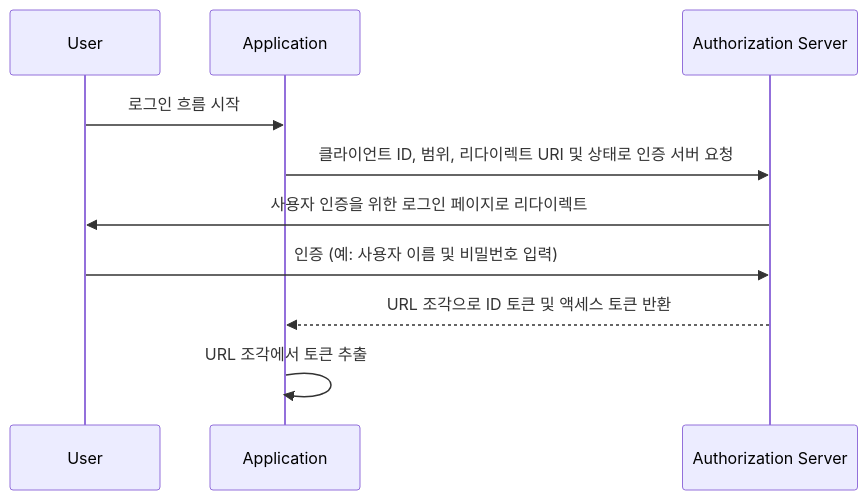
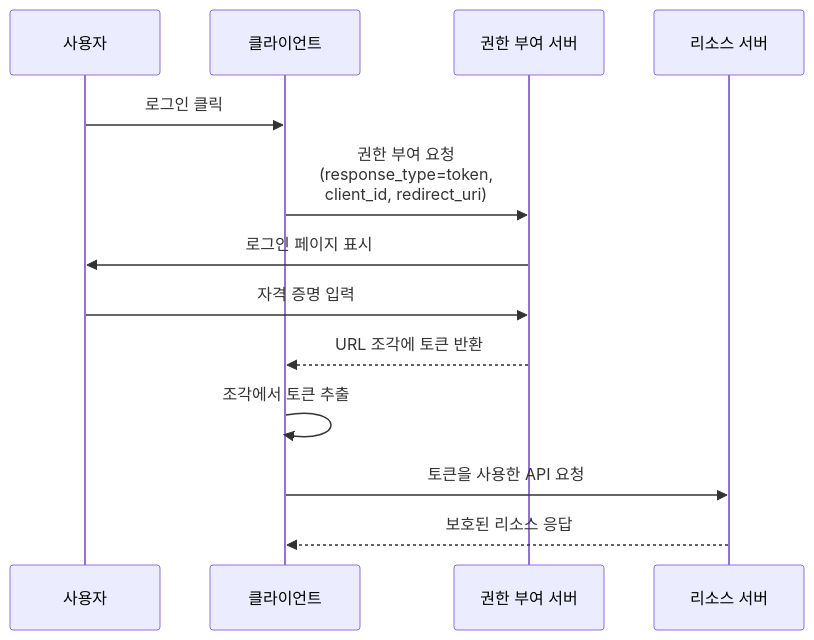
One commit to logto-io/auth-wiki changed the diagram in src/content/terms/ko/implicit-flow.mdx. Above: the diagram before and after it, drawn with Mermaid. The commit also changed other lines of this file and 95 other files, not shown here.

````diff
--- a/src/content/terms/ko/implicit-flow.mdx
+++ b/src/content/terms/ko/implicit-flow.mdx
@@ -20,12 +19,16 @@
 ```mermaid
 sequenceDiagram
-participant User
-participant Application
-participant Authorization Server
-User->>Application: 로그인 흐름 시작
-Application->>Authorization Server: 클라이언트 ID, 범위, 리다이렉트 URI 및 상태로 인증 서버 요청
-Authorization Server->>User: 사용자 인증을 위한 로그인 페이지로 리다이렉트
-User->>Authorization Server: 인증 (예: 사용자 이름 및 비밀번호 입력)
-Authorization Server -->>Application: URL 조각으로 ID 토큰 및 액세스 토큰 반환
-Application->>Application: URL 조각에서 토큰 추출
+  participant U as 사용자
+  participant C as 클라이언트
+  participant AS as 권한 부여 서버
+  participant RS as 리소스 서버
+
+  U->>C: 로그인 클릭
+  C->>AS: 권한 부여 요청<br/>(response_type=token,<br/>client_id, redirect_uri)
+  AS->>U: 로그인 페이지 표시
+  U->>AS: 자격 증명 입력
+  AS-->>C: URL 조각에 토큰 반환
+  C->>C: 조각에서 토큰 추출
+  C->>RS: 토큰을 사용한 API 요청
+  RS-->>C: 보호된 리소스 응답
 ```
````
